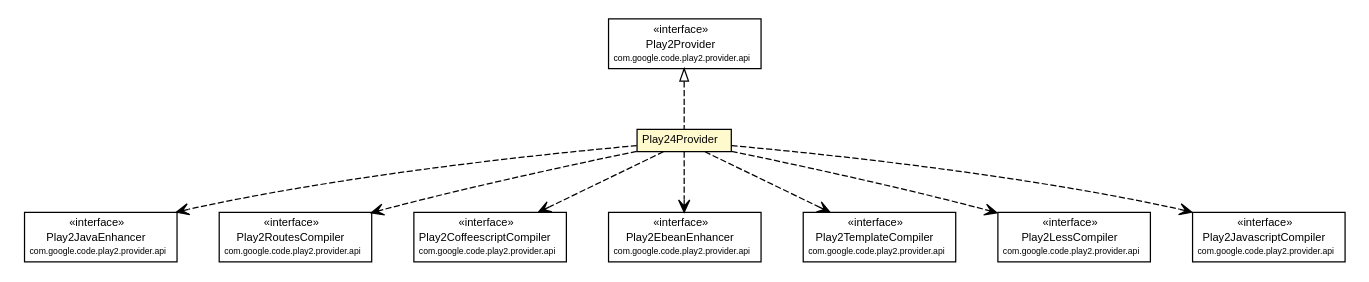
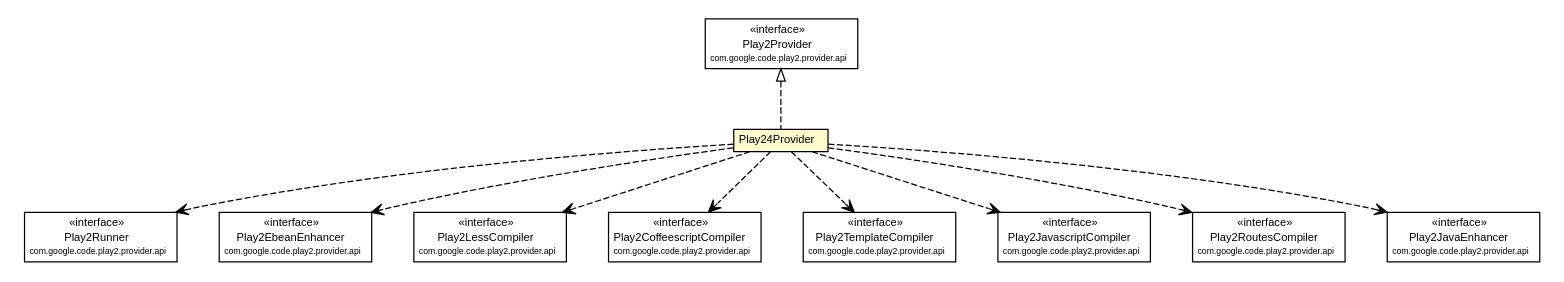
One commit to wouterhardeman/play2-maven-plugin changed the diagram in mavensite/1.0.0-beta2-SNAPSHOT/play2-providers/play2-provider-play24/apidocs/com/google/code/play2/provider/play24/Play24Provider.dot. Above: the diagram before and after it, drawn with Graphviz. The commit also changed 683 other files, not shown here.

```diff
--- a/mavensite/1.0.0-beta2-SNAPSHOT/play2-providers/play2-provider-play24/apidocs/com/google/code/play2/provider/play24/Play24Provider.dot
+++ b/mavensite/1.0.0-beta2-SNAPSHOT/play2-providers/play2-provider-play24/apidocs/com/google/code/play2/provider/play24/Play24Provider.dot
@@ -10,88 +10,98 @@
 	nodesep=0.25;
 	ranksep=0.5;
 	// com.google.code.play2.provider.play24.Play24Provider
-	c178 [label=<<table title="com.google.code.play2.provider.play24.Play24Provider" border="0" cellborder="1" cellspacing="0" cellpadding="2" port="p" bgcolor="lemonChiffon" href="./Play24Provider.html">
+	c190 [label=<<table title="com.google.code.play2.provider.play24.Play24Provider" border="0" cellborder="1" cellspacing="0" cellpadding="2" port="p" bgcolor="lemonChiffon" href="./Play24Provider.html">
 		<tr><td><table border="0" cellspacing="0" cellpadding="1">
 <tr><td align="center" balign="center"> Play24Provider </td></tr>
 		</table></td></tr>
 		</table>>, URL="./Play24Provider.html", fontname="arial", fontcolor="black", fontsize=9.0];
 	//com.google.code.play2.provider.play24.Play24Provider implements com.google.code.play2.provider.api.Play2Provider
-	c187:p -> c178:p [dir=back,arrowtail=empty,style=dashed];
+	c199:p -> c190:p [dir=back,arrowtail=empty,style=dashed];
+	// com.google.code.play2.provider.play24.Play24Provider DEPEND com.google.code.play2.provider.api.Play2Runner
+	c190:p -> c200:p [taillabel="", label="", headlabel="", fontname="arial", fontcolor="black", fontsize=10.0, color="black", arrowhead=open, style=dashed];
+	// com.google.code.play2.provider.play24.Play24Provider DEPEND com.google.code.play2.provider.api.Play2EbeanEnhancer
+	c190:p -> c201:p [taillabel="", label="", headlabel="", fontname="arial", fontcolor="black", fontsize=10.0, color="black", arrowhead=open, style=dashed];
+	// com.google.code.play2.provider.play24.Play24Provider DEPEND com.google.code.play2.provider.api.Play2LessCompiler
+	c190:p -> c202:p [taillabel="", label="", headlabel="", fontname="arial", fontcolor="black", fontsize=10.0, color="black", arrowhead=open, style=dashed];
+	// com.google.code.play2.provider.play24.Play24Provider DEPEND com.google.code.play2.provider.api.Play2CoffeescriptCompiler
+	c190:p -> c203:p [taillabel="", label="", headlabel="", fontname="arial", fontcolor="black", fontsize=10.0, color="black", arrowhead=open, style=dashed];
+	// com.google.code.play2.provider.play24.Play24Provider DEPEND com.google.code.play2.provider.api.Play2TemplateCompiler
+	c190:p -> c204:p [taillabel="", label="", headlabel="", fontname="arial", fontcolor="black", fontsize=10.0, color="black", arrowhead=open, style=dashed];
+	// com.google.code.play2.provider.play24.Play24Provider DEPEND com.google.code.play2.provider.api.Play2JavascriptCompiler
+	c190:p -> c205:p [taillabel="", label="", headlabel="", fontname="arial", fontcolor="black", fontsize=10.0, color="black", arrowhead=open, style=dashed];
+	// com.google.code.play2.provider.play24.Play24Provider DEPEND com.google.code.play2.provider.api.Play2RoutesCompiler
+	c190:p -> c206:p [taillabel="", label="", headlabel="", fontname="arial", fontcolor="black", fontsize=10.0, color="black", arrowhead=open, style=dashed];
 	// com.google.code.play2.provider.play24.Play24Provider DEPEND com.google.code.play2.provider.api.Play2JavaEnhancer
-	c178:p -> c188:p [taillabel="", label="", headlabel="", fontname="arial", fontcolor="black", fontsize=10.0, color="black", arrowhead=open, style=dashed];
-	// com.google.code.play2.provider.play24.Play24Provider DEPEND com.google.code.play2.provider.api.Play2RoutesCompiler
-	c178:p -> c189:p [taillabel="", label="", headlabel="", fontname="arial", fontcolor="black", fontsize=10.0, color="black", arrowhead=open, style=dashed];
-	// com.google.code.play2.provider.play24.Play24Provider DEPEND com.google.code.play2.provider.api.Play2CoffeescriptCompiler
-	c178:p -> c190:p [taillabel="", label="", headlabel="", fontname="arial", fontcolor="black", fontsize=10.0, color="black", arrowhead=open, style=dashed];
-	// com.google.code.play2.provider.play24.Play24Provider DEPEND com.google.code.play2.provider.api.Play2EbeanEnhancer
-	c178:p -> c191:p [taillabel="", label="", headlabel="", fontname="arial", fontcolor="black", fontsize=10.0, color="black", arrowhead=open, style=dashed];
-	// com.google.code.play2.provider.play24.Play24Provider DEPEND com.google.code.play2.provider.api.Play2TemplateCompiler
-	c178:p -> c192:p [taillabel="", label="", headlabel="", fontname="arial", fontcolor="black", fontsize=10.0, color="black", arrowhead=open, style=dashed];
-	// com.google.code.play2.provider.play24.Play24Provider DEPEND com.google.code.play2.provider.api.Play2LessCompiler
-	c178:p -> c193:p [taillabel="", label="", headlabel="", fontname="arial", fontcolor="black", fontsize=10.0, color="black", arrowhead=open, style=dashed];
-	// com.google.code.play2.provider.play24.Play24Provider DEPEND com.google.code.play2.provider.api.Play2JavascriptCompiler
-	c178:p -> c194:p [taillabel="", label="", headlabel="", fontname="arial", fontcolor="black", fontsize=10.0, color="black", arrowhead=open, style=dashed];
+	c190:p -> c207:p [taillabel="", label="", headlabel="", fontname="arial", fontcolor="black", fontsize=10.0, color="black", arrowhead=open, style=dashed];
+	// com.google.code.play2.provider.api.Play2Provider
+	c199 [label=<<table title="com.google.code.play2.provider.api.Play2Provider" border="0" cellborder="1" cellspacing="0" cellpadding="2" port="p">
+		<tr><td><table border="0" cellspacing="0" cellpadding="1">
+<tr><td align="center" balign="center"> &#171;interface&#187; </td></tr>
+<tr><td align="center" balign="center"> Play2Provider </td></tr>
+<tr><td align="center" balign="center"><font point-size="7.0"> com.google.code.play2.provider.api </font></td></tr>
+		</table></td></tr>
+		</table>>, URL="null", fontname="arial", fontcolor="black", fontsize=9.0];
+	// com.google.code.play2.provider.api.Play2RoutesCompiler
+	c206 [label=<<table title="com.google.code.play2.provider.api.Play2RoutesCompiler" border="0" cellborder="1" cellspacing="0" cellpadding="2" port="p">
+		<tr><td><table border="0" cellspacing="0" cellpadding="1">
+<tr><td align="center" balign="center"> &#171;interface&#187; </td></tr>
+<tr><td align="center" balign="center"> Play2RoutesCompiler </td></tr>
+<tr><td align="center" balign="center"><font point-size="7.0"> com.google.code.play2.provider.api </font></td></tr>
+		</table></td></tr>
+		</table>>, URL="null", fontname="arial", fontcolor="black", fontsize=9.0];
+	// com.google.code.play2.provider.api.Play2LessCompiler
+	c202 [label=<<table title="com.google.code.play2.provider.api.Play2LessCompiler" border="0" cellborder="1" cellspacing="0" cellpadding="2" port="p">
+		<tr><td><table border="0" cellspacing="0" cellpadding="1">
+<tr><td align="center" balign="center"> &#171;interface&#187; </td></tr>
+<tr><td align="center" balign="center"> Play2LessCompiler </td></tr>
+<tr><td align="center" balign="center"><font point-size="7.0"> com.google.code.play2.provider.api </font></td></tr>
+		</table></td></tr>
+		</table>>, URL="null", fontname="arial", fontcolor="black", fontsize=9.0];
+	// com.google.code.play2.provider.api.Play2TemplateCompiler
+	c204 [label=<<table title="com.google.code.play2.provider.api.Play2TemplateCompiler" border="0" cellborder="1" cellspacing="0" cellpadding="2" port="p">
+		<tr><td><table border="0" cellspacing="0" cellpadding="1">
+<tr><td align="center" balign="center"> &#171;interface&#187; </td></tr>
+<tr><td align="center" balign="center"> Play2TemplateCompiler </td></tr>
+<tr><td align="center" balign="center"><font point-size="7.0"> com.google.code.play2.provider.api </font></td></tr>
+		</table></td></tr>
+		</table>>, URL="null", fontname="arial", fontcolor="black", fontsize=9.0];
+	// com.google.code.play2.provider.api.Play2CoffeescriptCompiler
+	c203 [label=<<table title="com.google.code.play2.provider.api.Play2CoffeescriptCompiler" border="0" cellborder="1" cellspacing="0" cellpadding="2" port="p">
+		<tr><td><table border="0" cellspacing="0" cellpadding="1">
+<tr><td align="center" balign="center"> &#171;interface&#187; </td></tr>
+<tr><td align="center" balign="center"> Play2CoffeescriptCompiler </td></tr>
+<tr><td align="center" balign="center"><font point-size="7.0"> com.google.code.play2.provider.api </font></td></tr>
+		</table></td></tr>
+		</table>>, URL="null", fontname="arial", fontcolor="black", fontsize=9.0];
 	// com.google.code.play2.provider.api.Play2EbeanEnhancer
-	c191 [label=<<table title="com.google.code.play2.provider.api.Play2EbeanEnhancer" border="0" cellborder="1" cellspacing="0" cellpadding="2" port="p">
+	c201 [label=<<table title="com.google.code.play2.provider.api.Play2EbeanEnhancer" border="0" cellborder="1" cellspacing="0" cellpadding="2" port="p">
 		<tr><td><table border="0" cellspacing="0" cellpadding="1">
 <tr><td align="center" balign="center"> &#171;interface&#187; </td></tr>
 <tr><td align="center" balign="center"> Play2EbeanEnhancer </td></tr>
 <tr><td align="center" balign="center"><font point-size="7.0"> com.google.code.play2.provider.api </font></td></tr>
 		</table></td></tr>
 		</table>>, URL="null", fontname="arial", fontcolor="black", fontsize=9.0];
-	// com.google.code.play2.provider.api.Play2LessCompiler
-	c193 [label=<<table title="com.google.code.play2.provider.api.Play2LessCompiler" border="0" cellborder="1" cellspacing="0" cellpadding="2" port="p">
+	// com.google.code.play2.provider.api.Play2JavascriptCompiler
+	c205 [label=<<table title="com.google.code.play2.provider.api.Play2JavascriptCompiler" border="0" cellborder="1" cellspacing="0" cellpadding="2" port="p">
 		<tr><td><table border="0" cellspacing="0" cellpadding="1">
 <tr><td align="center" balign="center"> &#171;interface&#187; </td></tr>
-<tr><td align="center" balign="center"> Play2LessCompiler </td></tr>
-<tr><td align="center" balign="center"><font point-size="7.0"> com.google.code.play2.provider.api </font></td></tr>
-		</table></td></tr>
-		</table>>, URL="null", fontname="arial", fontcolor="black", fontsize=9.0];
-	// com.google.code.play2.provider.api.Play2CoffeescriptCompiler
-	c190 [label=<<table title="com.google.code.play2.provider.api.Play2CoffeescriptCompiler" border="0" cellborder="1" cellspacing="0" cellpadding="2" port="p">
-		<tr><td><table border="0" cellspacing="0" cellpadding="1">
-<tr><td align="center" balign="center"> &#171;interface&#187; </td></tr>
-<tr><td align="center" balign="center"> Play2CoffeescriptCompiler </td></tr>
+<tr><td align="center" balign="center"> Play2JavascriptCompiler </td></tr>
 <tr><td align="center" balign="center"><font point-size="7.0"> com.google.code.play2.provider.api </font></td></tr>
 		</table></td></tr>
 		</table>>, URL="null", fontname="arial", fontcolor="black", fontsize=9.0];
 	// com.google.code.play2.provider.api.Play2JavaEnhancer
-	c188 [label=<<table title="com.google.code.play2.provider.api.Play2JavaEnhancer" border="0" cellborder="1" cellspacing="0" cellpadding="2" port="p">
+	c207 [label=<<table title="com.google.code.play2.provider.api.Play2JavaEnhancer" border="0" cellborder="1" cellspacing="0" cellpadding="2" port="p">
 		<tr><td><table border="0" cellspacing="0" cellpadding="1">
 <tr><td align="center" balign="center"> &#171;interface&#187; </td></tr>
 <tr><td align="center" balign="center"> Play2JavaEnhancer </td></tr>
 <tr><td align="center" balign="center"><font point-size="7.0"> com.google.code.play2.provider.api </font></td></tr>
 		</table></td></tr>
 		</table>>, URL="null", fontname="arial", fontcolor="black", fontsize=9.0];
-	// com.google.code.play2.provider.api.Play2RoutesCompiler
-	c189 [label=<<table title="com.google.code.play2.provider.api.Play2RoutesCompiler" border="0" cellborder="1" cellspacing="0" cellpadding="2" port="p">
+	// com.google.code.play2.provider.api.Play2Runner
+	c200 [label=<<table title="com.google.code.play2.provider.api.Play2Runner" border="0" cellborder="1" cellspacing="0" cellpadding="2" port="p">
 		<tr><td><table border="0" cellspacing="0" cellpadding="1">
 <tr><td align="center" balign="center"> &#171;interface&#187; </td></tr>
-<tr><td align="center" balign="center"> Play2RoutesCompiler </td></tr>
-<tr><td align="center" balign="center"><font point-size="7.0"> com.google.code.play2.provider.api </font></td></tr>
-		</table></td></tr>
-		</table>>, URL="null", fontname="arial", fontcolor="black", fontsize=9.0];
-	// com.google.code.play2.provider.api.Play2JavascriptCompiler
-	c194 [label=<<table title="com.google.code.play2.provider.api.Play2JavascriptCompiler" border="0" cellborder="1" cellspacing="0" cellpadding="2" port="p">
-		<tr><td><table border="0" cellspacing="0" cellpadding="1">
-<tr><td align="center" balign="center"> &#171;interface&#187; </td></tr>
-<tr><td align="center" balign="center"> Play2JavascriptCompiler </td></tr>
-<tr><td align="center" balign="center"><font point-size="7.0"> com.google.code.play2.provider.api </font></td></tr>
-		</table></td></tr>
-		</table>>, URL="null", fontname="arial", fontcolor="black", fontsize=9.0];
-	// com.google.code.play2.provider.api.Play2Provider
-	c187 [label=<<table title="com.google.code.play2.provider.api.Play2Provider" border="0" cellborder="1" cellspacing="0" cellpadding="2" port="p">
-		<tr><td><table border="0" cellspacing="0" cellpadding="1">
-<tr><td align="center" balign="center"> &#171;interface&#187; </td></tr>
-<tr><td align="center" balign="center"> Play2Provider </td></tr>
-<tr><td align="center" balign="center"><font point-size="7.0"> com.google.code.play2.provider.api </font></td></tr>
-		</table></td></tr>
-		</table>>, URL="null", fontname="arial", fontcolor="black", fontsize=9.0];
-	// com.google.code.play2.provider.api.Play2TemplateCompiler
-	c192 [label=<<table title="com.google.code.play2.provider.api.Play2TemplateCompiler" border="0" cellborder="1" cellspacing="0" cellpadding="2" port="p">
-		<tr><td><table border="0" cellspacing="0" cellpadding="1">
-<tr><td align="center" balign="center"> &#171;interface&#187; </td></tr>
-<tr><td align="center" balign="center"> Play2TemplateCompiler </td></tr>
+<tr><td align="center" balign="center"> Play2Runner </td></tr>
 <tr><td align="center" balign="center"><font point-size="7.0"> com.google.code.play2.provider.api </font></td></tr>
 		</table></td></tr>
 		</table>>, URL="null", fontname="arial", fontcolor="black", fontsize=9.0];
```
